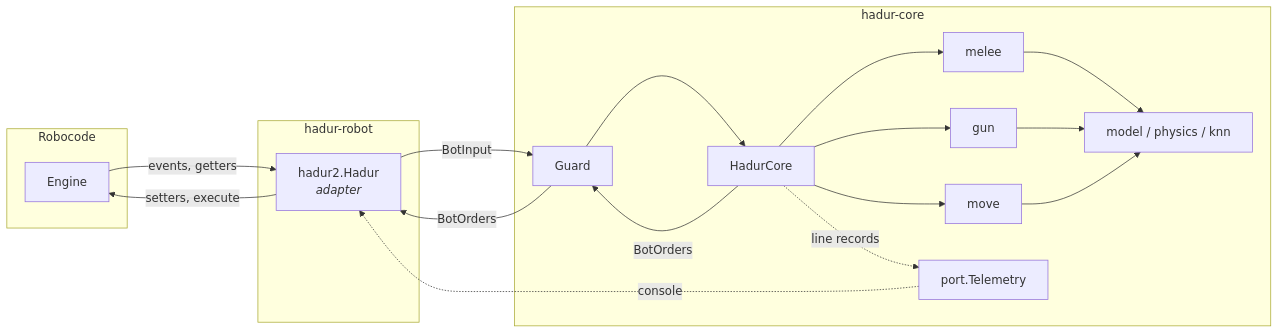
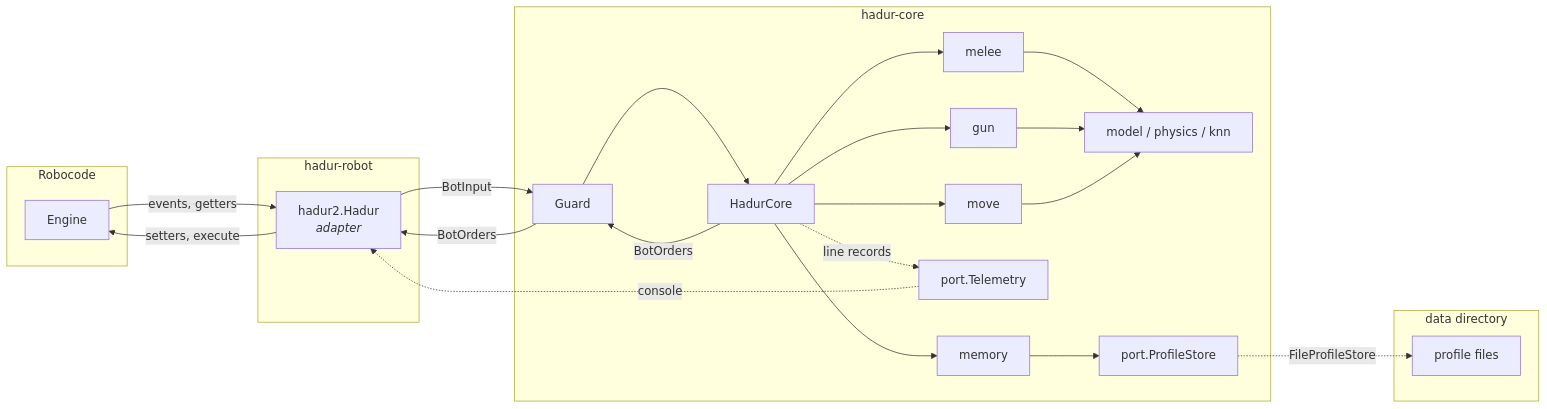
Before and after one commit to lgriffin/Hadur_Robot: the diagram in docs/architecture.md, drawn with Mermaid. The commit also changed other lines of this file and 2 other files, not shown here.

First line of the commit message:
S3 docs: architecture, bench README, follow-ups

````diff
--- a/docs/architecture.md
+++ b/docs/architecture.md
@@ -7,30 +7,38 @@
 ```mermaid
 graph LR
     subgraph Robocode
         E[Engine]
     end
     subgraph hadur-robot
         A[hadur2.Hadur<br><i>adapter</i>]
     end
     subgraph hadur-core
         G[Guard]
         C[HadurCore]
         GC[gun]
         MC[move]
         ML[melee]
         M[model / physics / knn]
         T[port.Telemetry]
+        MEM[memory]
+        PS[port.ProfileStore]
+    end
+    subgraph data directory
+        F[profile files]
     end
     E -- events, getters --> A
     A -- BotInput --> G
     G --> C
     C --> GC & MC
     C --> ML
     ML --> M
     GC & MC --> M
     C -- BotOrders --> G
     G -- BotOrders --> A
     A -- setters, execute --> E
     C -. line records .-> T
     T -. console .-> A
+    C --> MEM
+    MEM --> PS
+    PS -. FileProfileStore .-> F
 ```
````
